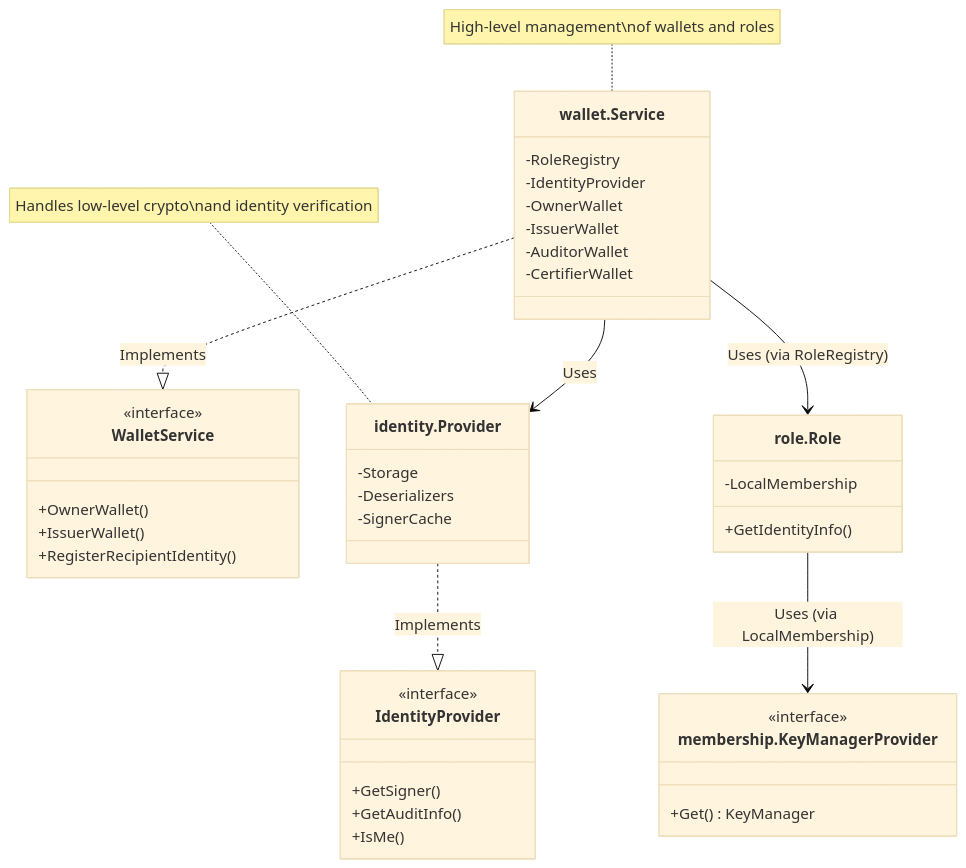
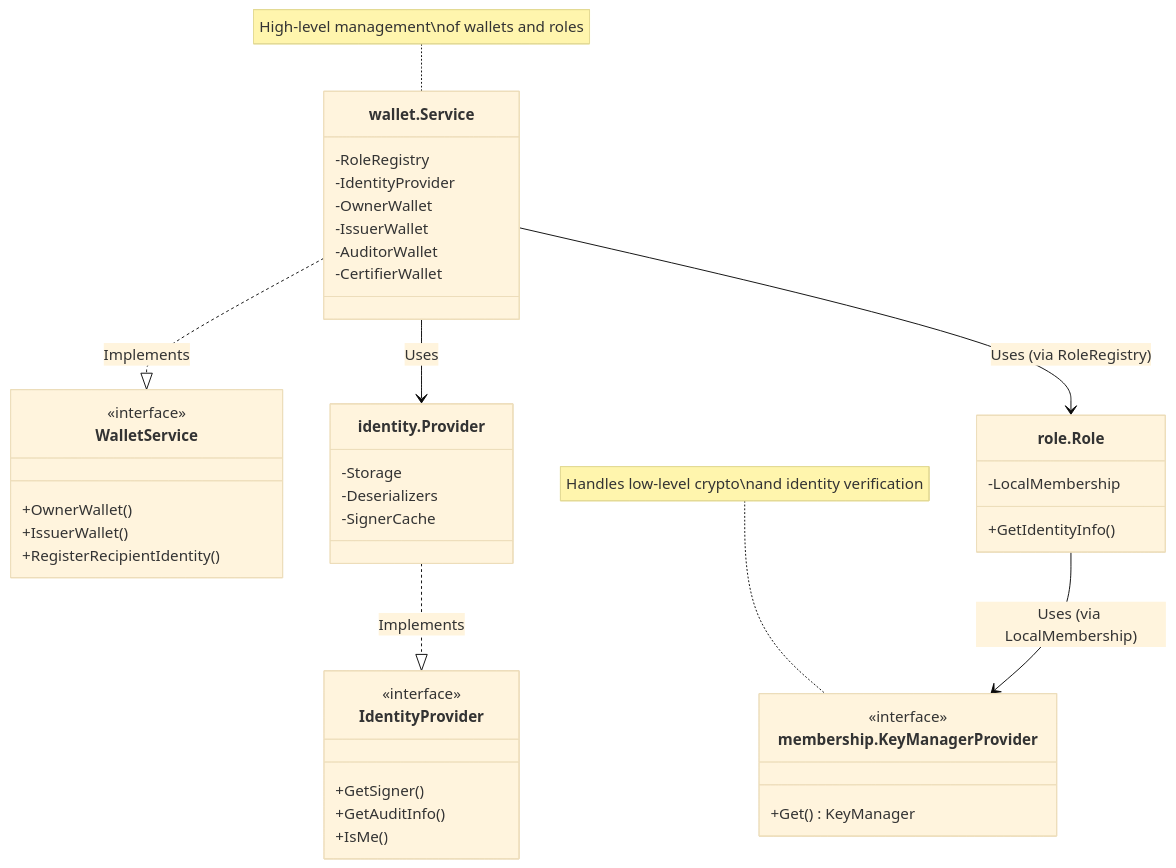
One commit to hyperledger-labs/fabric-token-sdk changed the diagram in docs/services/identity.md. Above: the diagram before and after it, drawn with Mermaid (base theme). The commit also changed 12 other files, not shown here.

````diff
--- a/docs/services/identity.md
+++ b/docs/services/identity.md
@@ -37,49 +37,49 @@
 ```mermaid
 classDiagram
     direction TB
 %% Driver Interfaces
     class IdentityProvider {
         <<interface>>
         +GetSigner()
         +GetAuditInfo()
         +IsMe()
     }
     class WalletService {
         <<interface>>
         +OwnerWallet()
         +IssuerWallet()
         +RegisterRecipientIdentity()
     }
 
 %% Concrete Implementations
     class identity_Provider["identity.Provider"] {
         -Storage
         -Deserializers
         -SignerCache
     }
     class wallet_Service["wallet.Service"] {
         -RoleRegistry
         -IdentityProvider
         -OwnerWallet
         -IssuerWallet
         -AuditorWallet
         -CertifierWallet
     }
     class role_Role["role.Role"] {
         -LocalMembership
         +GetIdentityInfo()
     }
     class membership_KeyManagerProvider["membership.KeyManagerProvider"] {
         <<interface>>
         +Get() KeyManager
     }
 
     identity_Provider ..|> IdentityProvider : Implements
     wallet_Service ..|> WalletService : Implements
     wallet_Service --> identity_Provider : Uses
     wallet_Service --> role_Role : Uses (via RoleRegistry)
     role_Role --> membership_KeyManagerProvider : Uses (via LocalMembership)
 
-    note for identity_Provider "Handles low-level crypto\nand identity verification"
+    note for membership_KeyManagerProvider "Handles low-level crypto\nand identity verification"
     note for wallet_Service "High-level management\nof wallets and roles"
 ```
````
